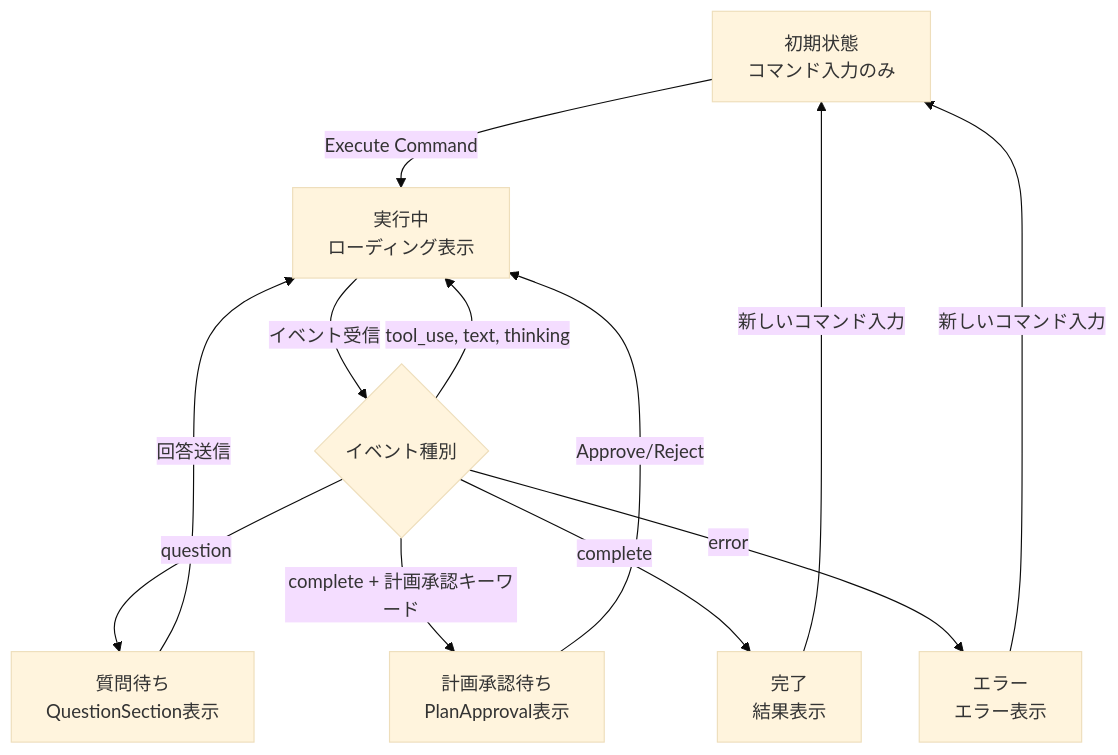
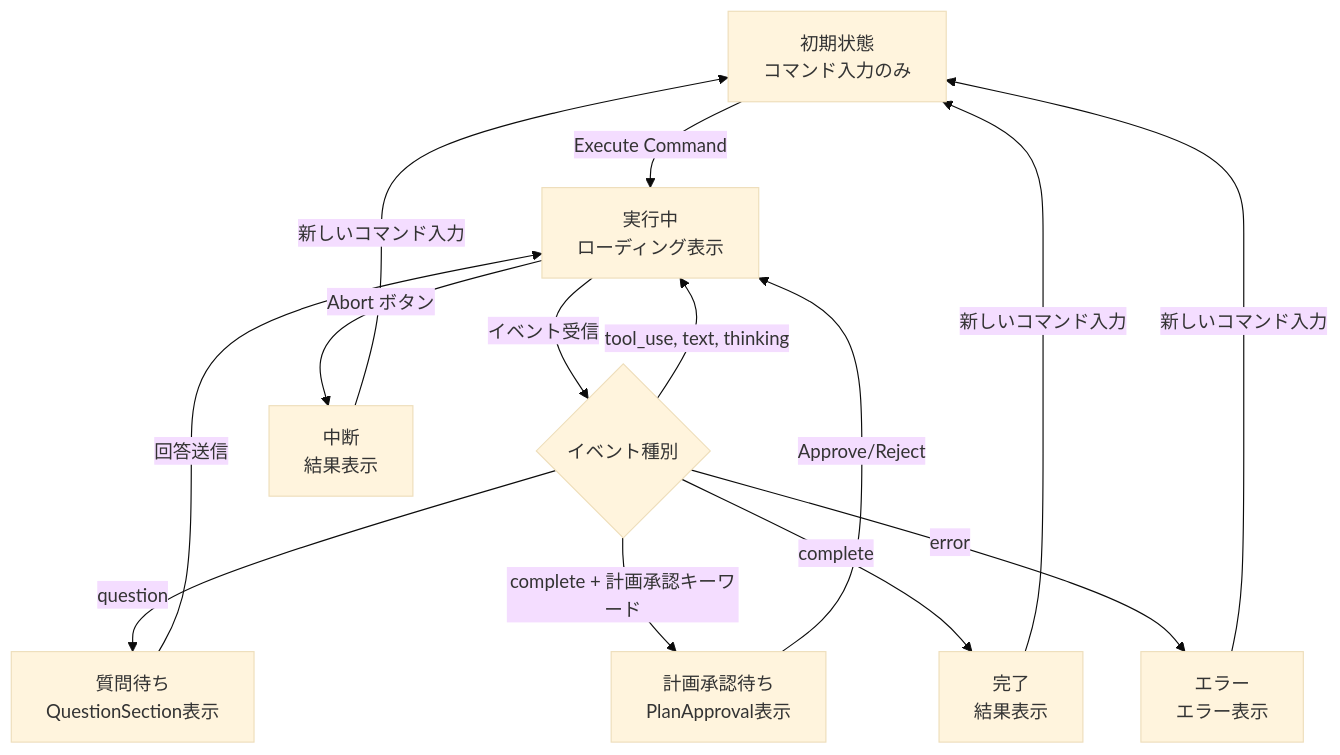
One commit to nyan-tama/Ghostrunner changed the first of 4 diagrams in frontend/docs/screen-flow.md. Above: the diagram before and after it, drawn with Mermaid (base theme). The commit also changed other lines of this file and 7 other files, not shown here.

````diff
--- a/frontend/docs/screen-flow.md
+++ b/frontend/docs/screen-flow.md
@@ -7,14 +7,16 @@
 ```mermaid
 flowchart TD
     A[初期状態<br>コマンド入力のみ] -->|Execute Command| B[実行中<br>ローディング表示]
     B -->|イベント受信| C{イベント種別}
     C -->|tool_use, text, thinking| B
     C -->|question| D[質問待ち<br>QuestionSection表示]
     C -->|complete + 計画承認キーワード| E[計画承認待ち<br>PlanApproval表示]
     C -->|complete| F[完了<br>結果表示]
     C -->|error| G[エラー<br>エラー表示]
+    B -->|Abort ボタン| H[中断<br>結果表示]
     D -->|回答送信| B
     E -->|Approve/Reject| B
     F -->|新しいコマンド入力| A
     G -->|新しいコマンド入力| A
+    H -->|新しいコマンド入力| A
 ```
````
